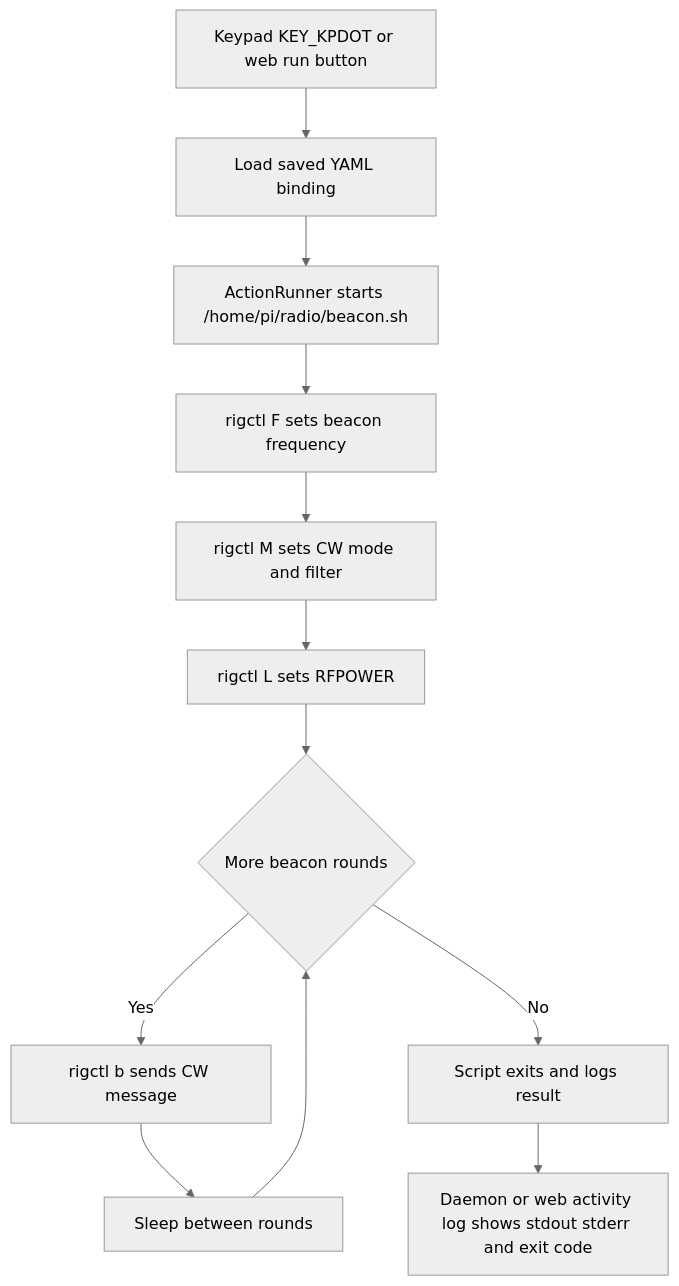
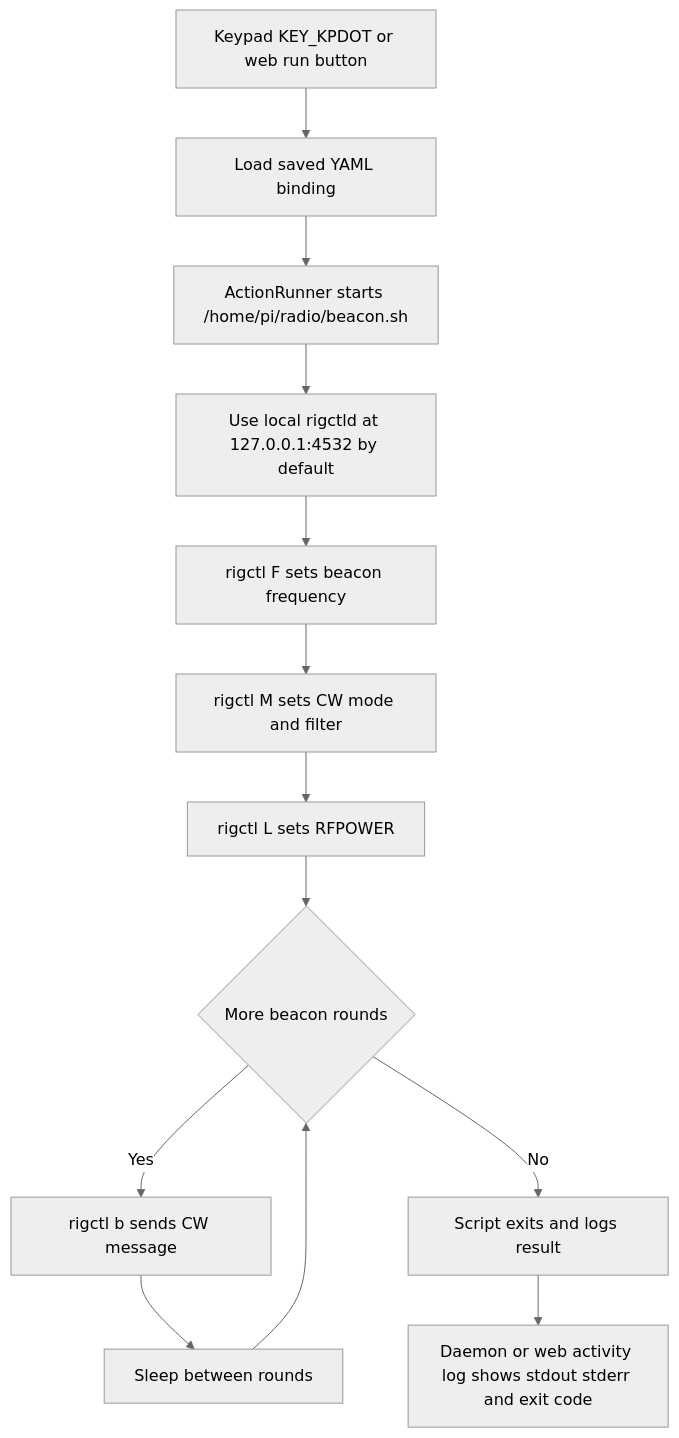
The diagram in docs/diagrams/cw-beacon-flow.md (shaposhnikoff/Raspberry_Ham_Keypad), drawn with Mermaid (neutral theme) before and after one commit. The commit also changed 17 other files, not shown here.

````diff
--- a/docs/diagrams/cw-beacon-flow.md
+++ b/docs/diagrams/cw-beacon-flow.md
@@ -3,14 +3,15 @@
 ```mermaid
 flowchart TD
     Start[Keypad KEY_KPDOT or web run button] --> Lookup[Load saved YAML binding]
     Lookup --> Runner[ActionRunner starts /home/pi/radio/beacon.sh]
-    Runner --> SetFreq[rigctl F sets beacon frequency]
+    Runner --> Endpoint[Use local rigctld at 127.0.0.1:4532 by default]
+    Endpoint --> SetFreq[rigctl F sets beacon frequency]
     SetFreq --> SetMode[rigctl M sets CW mode and filter]
     SetMode --> SetPower[rigctl L sets RFPOWER]
     SetPower --> Loop{More beacon rounds}
     Loop -->|Yes| SendBeacon[rigctl b sends CW message]
     SendBeacon --> Pause[Sleep between rounds]
     Pause --> Loop
     Loop -->|No| Complete[Script exits and logs result]
     Complete --> UiLog[Daemon or web activity log shows stdout stderr and exit code]
 ```
````
